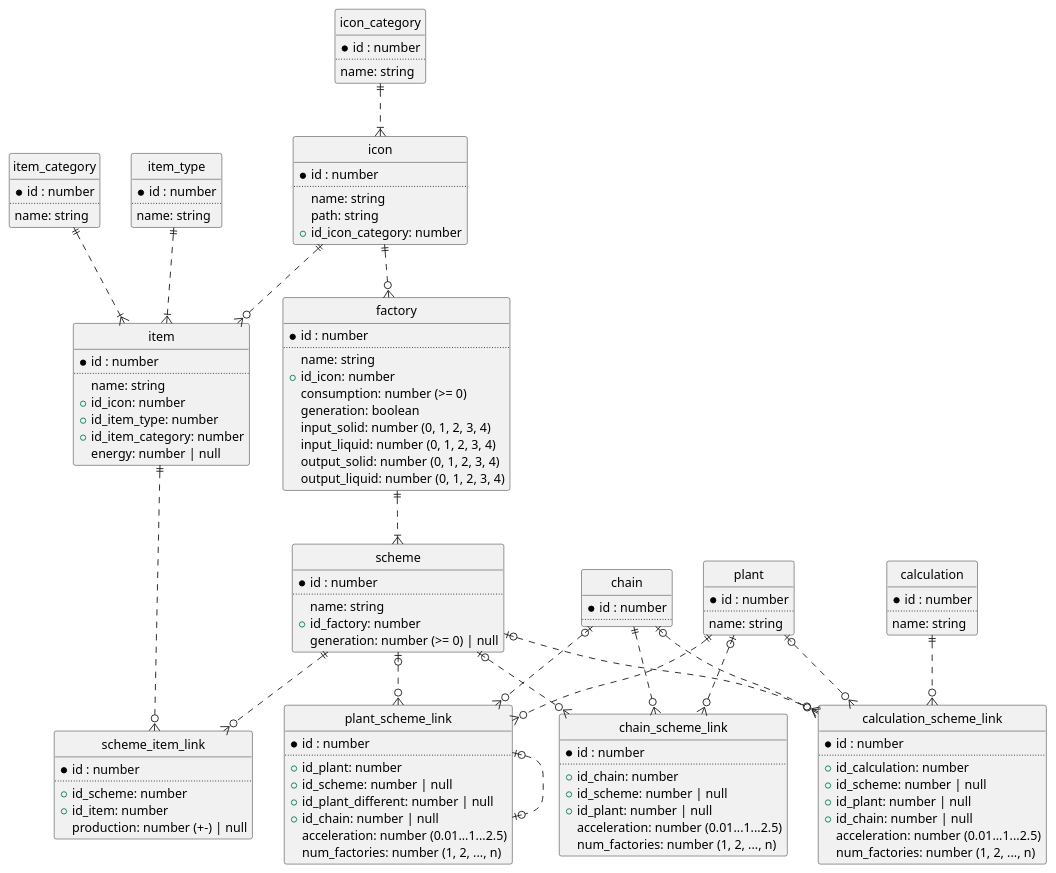
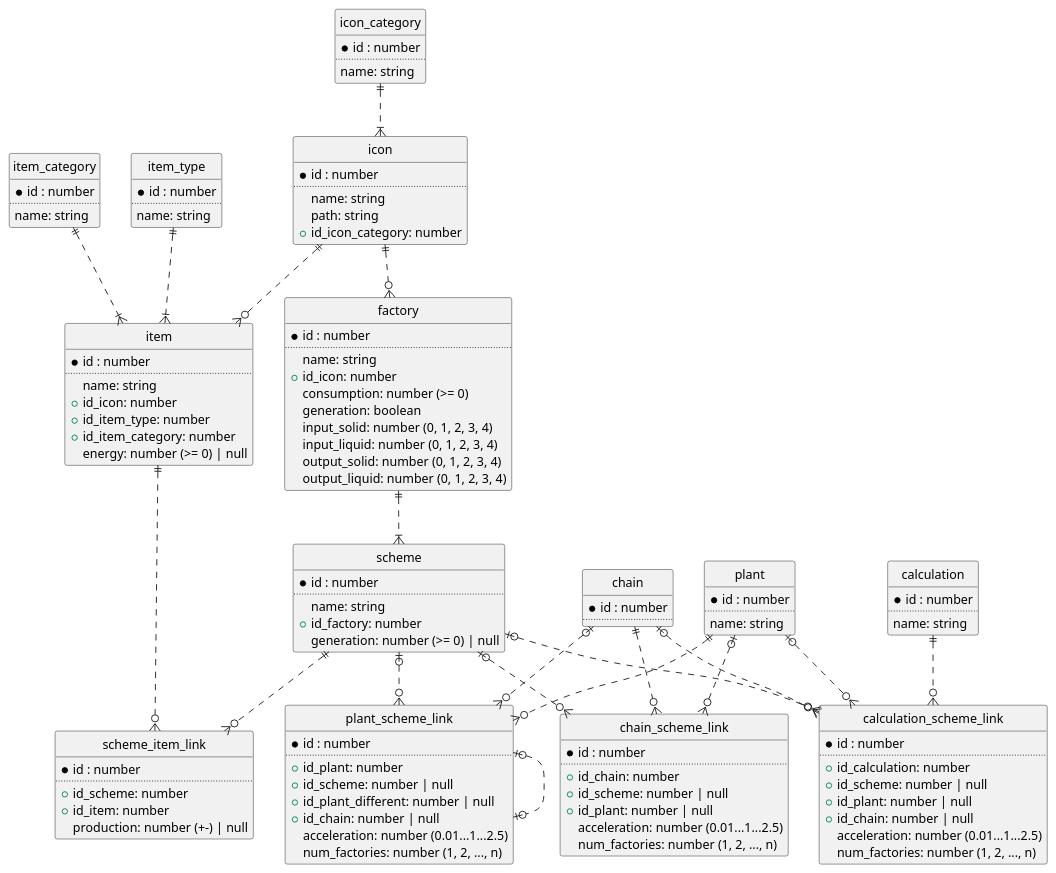
The diagram in docs/scheme/model.puml (Shahimat/SatisfactoryCalculator), drawn with PlantUML before and after one commit.

Commit message:
docs[model]: energy ME 0

```diff
--- a/docs/scheme/model.puml
+++ b/docs/scheme/model.puml
@@ -1,143 +1,143 @@
 @startuml
 
 ' hide the spot
 hide circle
 
 ' avoid problems with angled crows feet
 ' skinparam linetype ortho
 
 entity item_type {
   *id : number
   ..
   name: string
 }
 
 entity item_category {
   *id : number
   ..
   name: string
 }
 
 entity icon_category {
   *id : number
   ..
   name: string
 }
 
 entity icon {
   *id : number
   ..
   name: string
   path: string
   +id_icon_category: number
 }
 
 entity item {
   *id : number
   ..
   name: string
   +id_icon: number
   +id_item_type: number
   +id_item_category: number
-  energy: number | null
+  energy: number (>= 0) | null
 }
 
 entity factory {
   *id : number
   ..
   name: string
   +id_icon: number
   consumption: number (>= 0)
   generation: boolean
   input_solid: number (0, 1, 2, 3, 4)
   input_liquid: number (0, 1, 2, 3, 4)
   output_solid: number (0, 1, 2, 3, 4)
   output_liquid: number (0, 1, 2, 3, 4)
 }
 
 entity scheme {
   *id : number
   ..
   name: string
   +id_factory: number
   generation: number (>= 0) | null
 }
 
 entity scheme_item_link {
   *id : number
   ..
   +id_scheme: number
   +id_item: number
   production: number (+-) | null
 }
 
 entity plant {
   *id : number
   ..
   name: string
 }
 
 entity chain {
   *id : number
   ..
 }
 
 entity calculation {
   *id : number
   ..
   name: string
 }
 
 entity plant_scheme_link {
   *id : number
   ..
   +id_plant: number
   +id_scheme: number | null
   +id_plant_different: number | null
   +id_chain: number | null
   acceleration: number (0.01...1...2.5)
   num_factories: number (1, 2, ..., n)
 }
 
 entity chain_scheme_link {
   *id : number
   ..
   +id_chain: number
   +id_scheme: number | null
   +id_plant: number | null
   acceleration: number (0.01...1...2.5)
   num_factories: number (1, 2, ..., n)
 }
 
 entity calculation_scheme_link {
   *id : number
   ..
   +id_calculation: number
   +id_scheme: number | null
   +id_plant: number | null
   +id_chain: number | null
   acceleration: number (0.01...1...2.5)
   num_factories: number (1, 2, ..., n)
 }
 
 icon_category ||..|{ icon
 icon ||..o{ item
 item_type ||..|{ item
 item_category ||..|{ item
 icon ||..o{ factory
 factory ||..|{ scheme
 item ||..o{ scheme_item_link
 scheme ||..o{ scheme_item_link
 plant ||..o{ plant_scheme_link  
 scheme |o..o{ plant_scheme_link
 plant_scheme_link |o..o| plant_scheme_link
 chain |o..o{ plant_scheme_link
 chain ||..o{ chain_scheme_link
 scheme |o..o{ chain_scheme_link
 plant |o..o{ chain_scheme_link
 calculation ||..o{ calculation_scheme_link
 scheme |o..o{ calculation_scheme_link
 plant |o..o{ calculation_scheme_link
 chain |o..o{ calculation_scheme_link
 
 @enduml
```
